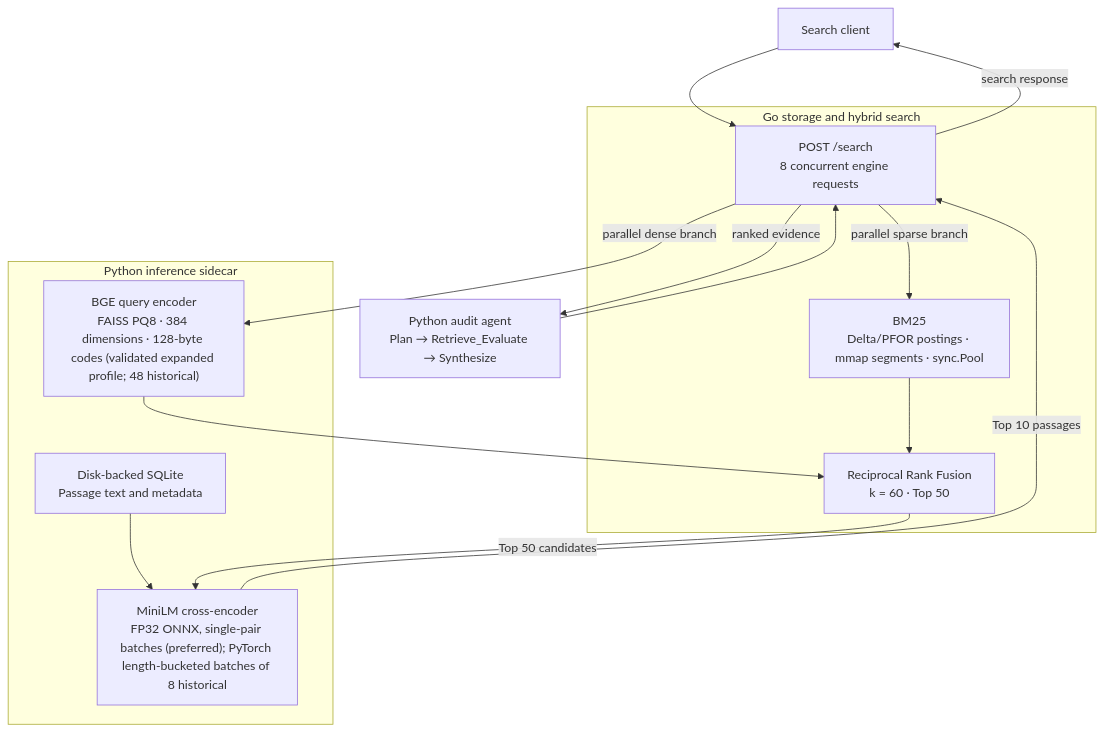
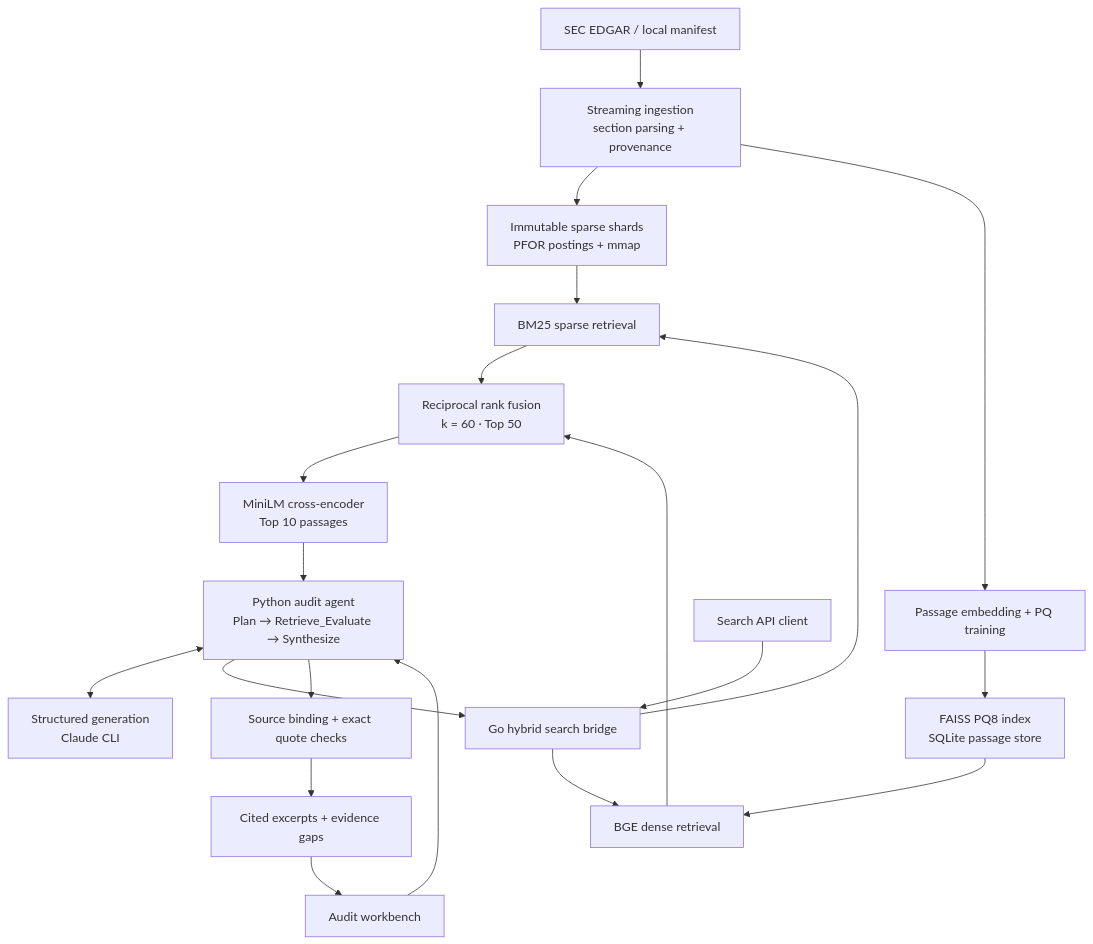
Before and after one commit to JCHETAN26/FinFilings-AI: the diagram in README.md, drawn with Mermaid. The commit also changed other lines of this file and 1 other file, not shown here.

````diff
--- a/README.md
+++ b/README.md
@@ -13,27 +61,22 @@
 ```mermaid
 flowchart TB
-    Client["Search client"] --> API
-    Agent["Python audit agent<br/>Plan → Retrieve_Evaluate → Synthesize"] --> API
-
-    subgraph Go["Go storage and hybrid search"]
-        API["POST /search<br/>8 concurrent engine requests"]
-        Sparse["BM25<br/>Delta/PFOR postings · mmap segments · sync.Pool"]
-        Fusion["Reciprocal Rank Fusion<br/>k = 60 · Top 50"]
-        API -->|parallel sparse branch| Sparse
-        Sparse --> Fusion
-    end
-
-    subgraph Python["Python inference sidecar"]
-        Dense["BGE query encoder<br/>FAISS PQ8 · 384 dimensions · 128-byte codes (validated expanded profile; 48 historical)"]
-        Rerank["MiniLM cross-encoder<br/>FP32 ONNX, single-pair batches (preferred); PyTorch length-bucketed batches of 8 historical"]
-        Store["Disk-backed SQLite<br/>Passage text and metadata"]
-        Store --> Rerank
-    end
-
-    API -->|parallel dense branch| Dense
-    Dense --> Fusion
-    Fusion -->|Top 50 candidates| Rerank
-    Rerank -->|Top 10 passages| API
-    API -->|ranked evidence| Agent
-    API -->|search response| Client
+    SEC["SEC EDGAR / local manifest"] --> Ingest["Streaming ingestion<br/>section parsing + provenance"]
+    Ingest --> SparseStore["Immutable sparse shards<br/>PFOR postings + mmap"]
+    Ingest --> Embed["Passage embedding + PQ training"]
+    Embed --> VectorStore["FAISS PQ8 index<br/>SQLite passage store"]
+    UI["Audit workbench"] --> Agent["Python audit agent<br/>Plan → Retrieve_Evaluate → Synthesize"]
+    Agent <--> Model["Structured generation<br/>Claude CLI"]
+    Agent --> Bridge["Go hybrid search bridge"]
+    Client["Search API client"] --> Bridge
+    Bridge --> BM25["BM25 sparse retrieval"]
+    SparseStore --> BM25
+    Bridge --> Dense["BGE dense retrieval"]
+    VectorStore --> Dense
+    BM25 --> RRF["Reciprocal rank fusion<br/>k = 60 · Top 50"]
+    Dense --> RRF
+    RRF --> Rerank["MiniLM cross-encoder<br/>Top 10 passages"]
+    Rerank --> Agent
+    Agent --> Ground["Source binding + exact quote checks"]
+    Ground --> Output["Cited excerpts + evidence gaps"]
+    Output --> UI
 ```
````
